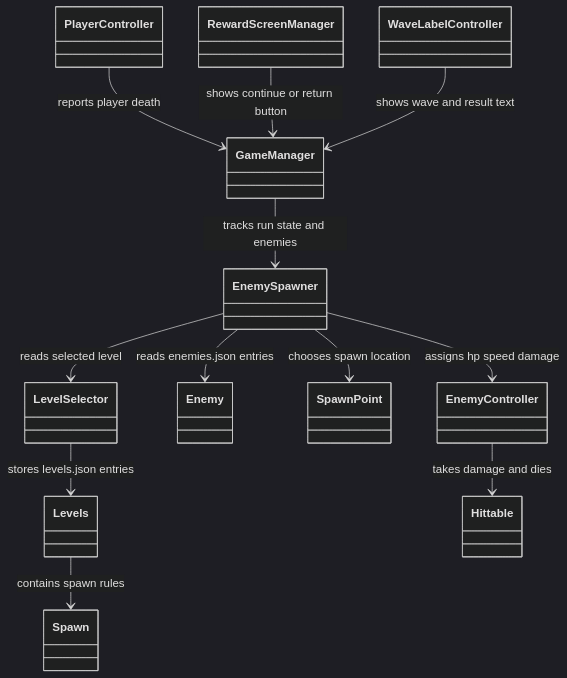
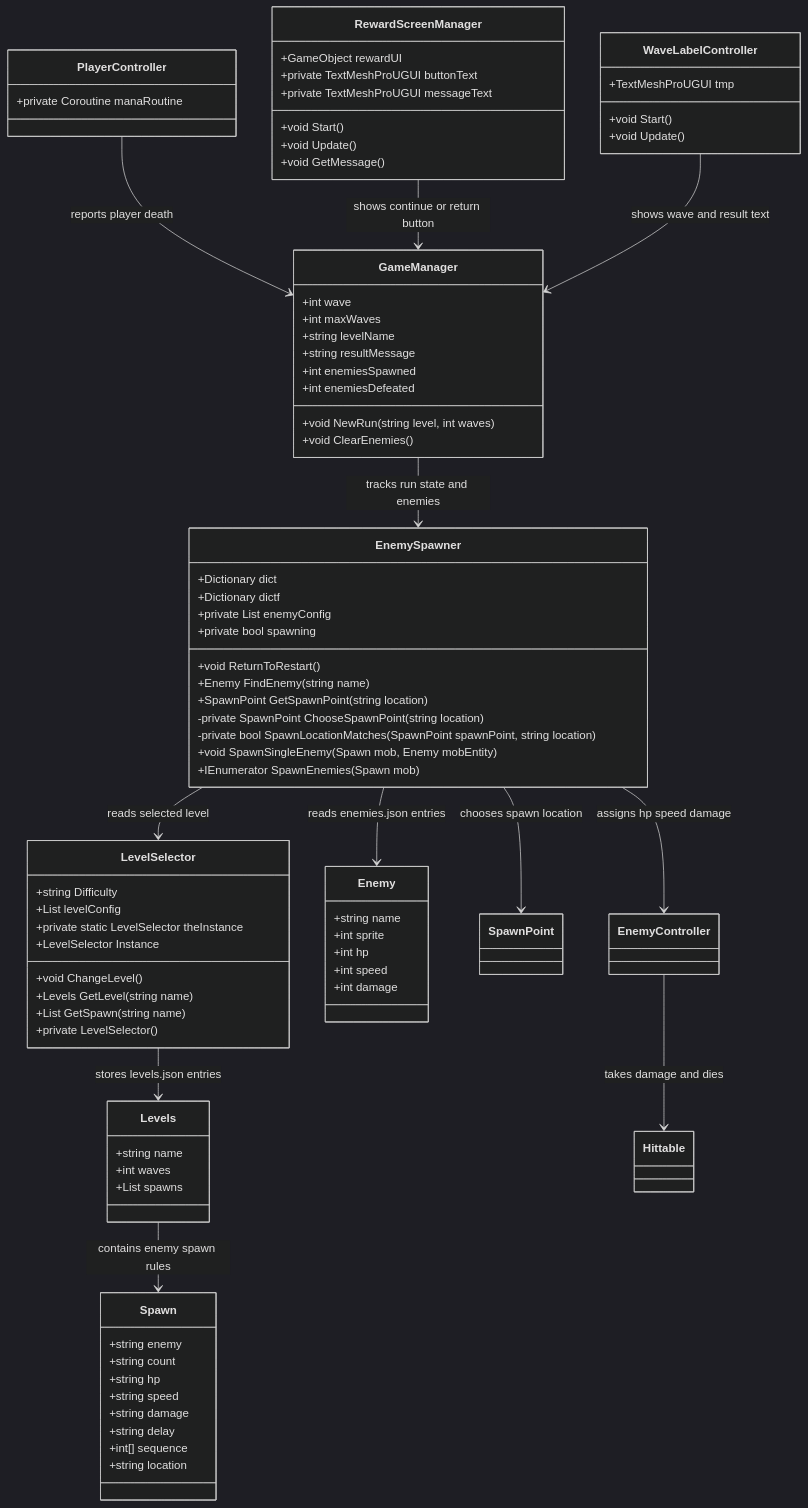
The diagram in report.md (Dermisbakin/CMPM121Framework), drawn with Mermaid (dark theme) before and after one commit. The commit also changed other lines of this file, not shown here.

Commit message:
updated class diagram

````diff
--- a/report.md
+++ b/report.md
@@ -7,7 +7,7 @@
     GameManager --> EnemySpawner : tracks run state and enemies
     EnemySpawner --> LevelSelector : reads selected level
     LevelSelector --> Levels : stores levels.json entries
-    Levels --> Spawn : contains spawn rules
+    Levels --> Spawn : contains enemy spawn rules
     EnemySpawner --> Enemy : reads enemies.json entries
     EnemySpawner --> SpawnPoint : chooses spawn location
     EnemySpawner --> EnemyController : assigns hp speed damage
@@ -15,4 +15,85 @@
     PlayerController --> GameManager : reports player death
     RewardScreenManager --> GameManager : shows continue or return button
     WaveLabelController --> GameManager : shows wave and result text
+
+    class GameManager {
+        +int wave
+        +int maxWaves
+        +string levelName
+        +string resultMessage
+        +int enemiesSpawned
+        +int enemiesDefeated
+        +void NewRun(string level, int waves)
+        +void ClearEnemies()
+    }
+
+    class RewardScreenManager {
+        +GameObject rewardUI
+        +private TextMeshProUGUI buttonText
+        +private TextMeshProUGUI messageText
+        +void Start()
+        +void Update()
+        +void GetMessage()
+    }
+
+    class WaveLabelController {
+        +TextMeshProUGUI tmp
+        +void Start()
+        +void Update()
+    }
+
+    class PlayerController {
+        +private Coroutine manaRoutine
+    }
+
+    class EnemySpawner {
+        +Dictionary<string, int> dict
+        +Dictionary<string, float> dictf
+        +private List<Enemy> enemyConfig
+        +private bool spawning
+        +void ReturnToRestart()
+        +Enemy FindEnemy(string name)
+        +SpawnPoint GetSpawnPoint(string location)
+        -private SpawnPoint ChooseSpawnPoint(string location)
+        -private bool SpawnLocationMatches(SpawnPoint spawnPoint, string location)
+        +void SpawnSingleEnemy(Spawn mob, Enemy mobEntity)
+        +IEnumerator SpawnEnemies(Spawn mob)
+    }
+
+    class Enemy {
+        +string name
+        +int sprite
+        +int hp
+        +int speed
+        +int damage
+    }
+
+    class LevelSelector {
+        +string Difficulty
+        +List<Levels> levelConfig
+        +private static LevelSelector theInstance
+        +LevelSelector Instance
+        +void ChangeLevel()
+        +Levels GetLevel(string name)
+        +List<Spawn> GetSpawn(string name)
+        +private LevelSelector()
+    }
+
+    class Levels {
+        +string name
+        +int waves
+        +List<Spawn> spawns
+    }
+
+    class Spawn {
+        +string enemy
+        +string count
+        +string hp
+        +string speed
+        +string damage
+        +string delay
+        +int[] sequence
+        +string location
+    }
+
 ```
````
